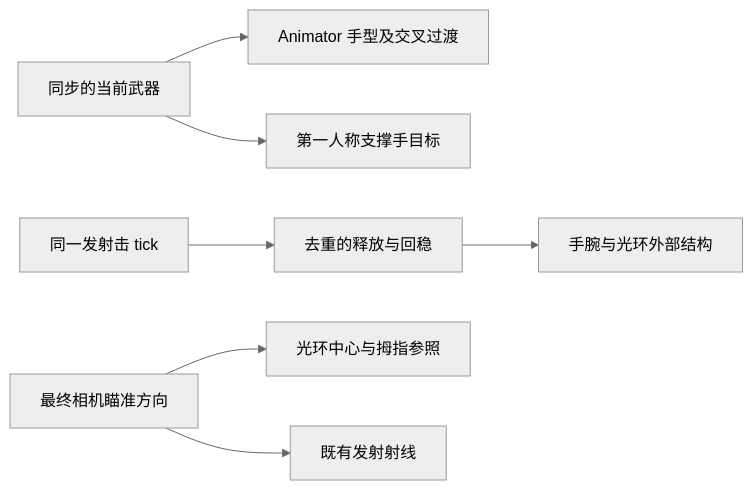
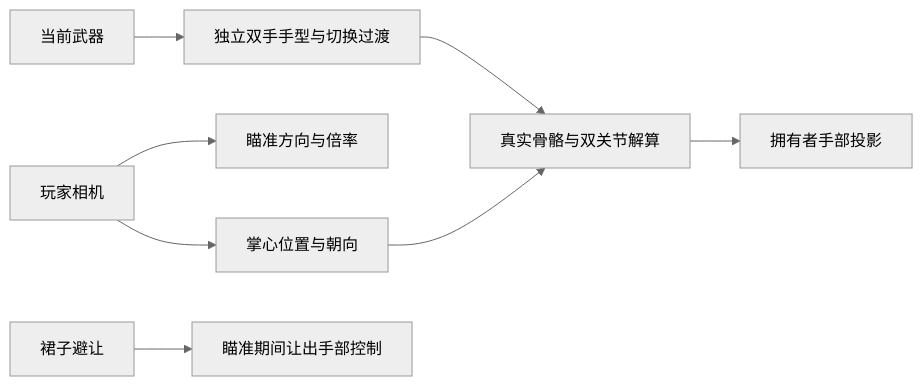
Before and after one commit to MorrowHome/Moonkov: the diagram in Docs/HaloWeaponGestures.md, drawn with Mermaid (neutral theme). The commit also changed other lines of this file and 14 other files, not shown here.

Commit message:
Add expressive weapon gestures and frame first-person hands

````diff
--- a/Docs/HaloWeaponGestures.md
+++ b/Docs/HaloWeaponGestures.md
@@ -28,9 +22,10 @@
 ```mermaid
 flowchart LR
-    Equipment[同步的当前武器] --> Pose[Animator 手型及交叉过渡]
-    Equipment --> Support[第一人称支撑手目标]
-    Shot[同一发射击 tick] --> Response[去重的释放与回稳]
-    Response --> Hands[手腕与光环外部结构]
-    Camera[最终相机瞄准方向] --> Sight[光环中心与拇指参照]
-    Camera --> Ballistics[既有发射射线]
+    Weapon[当前武器] --> Animator[独立双手手型与切换过渡]
+    Animator --> Bones[真实骨骼与双关节解算]
+    Camera[玩家相机] --> Aim[瞄准方向与倍率]
+    Camera --> Palm[掌心位置与朝向]
+    Palm --> Bones
+    Bones --> Projection[拥有者手部投影]
+    Cloth[裙子避让] --> Priority[瞄准期间让出手部控制]
 ```
````
